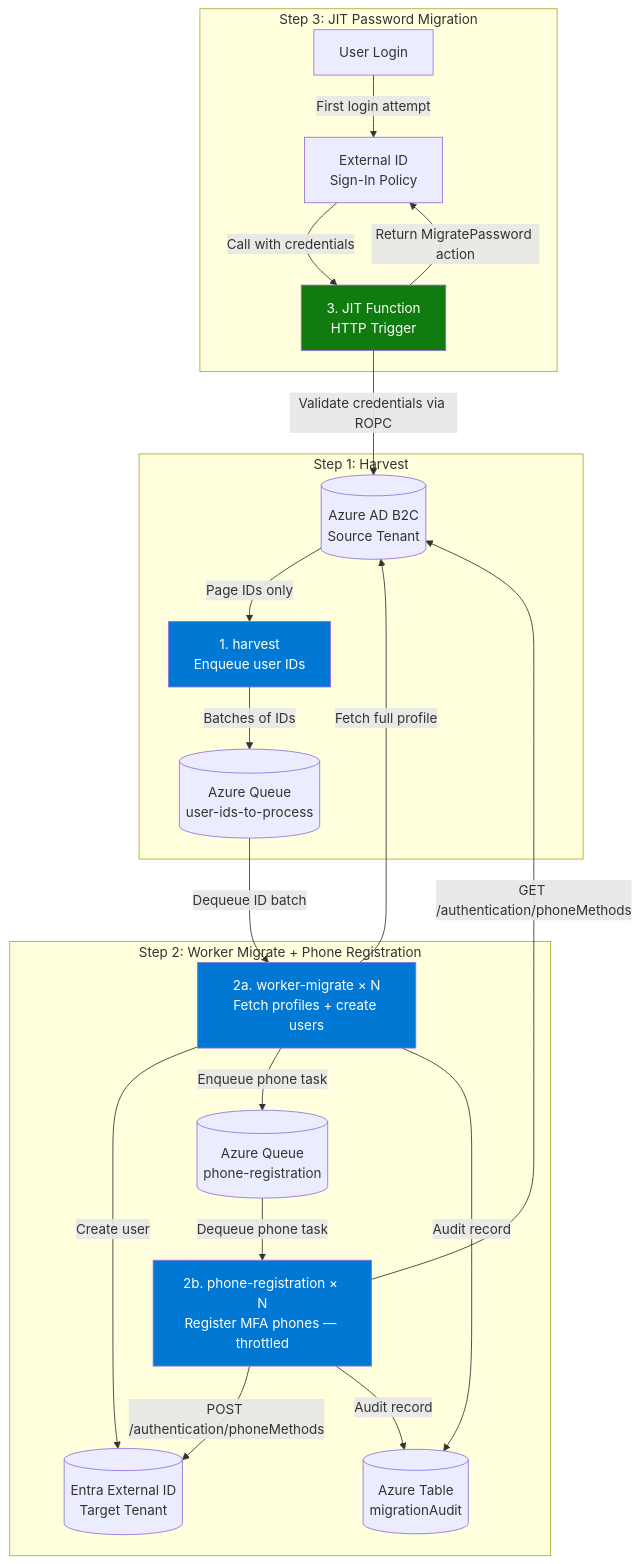
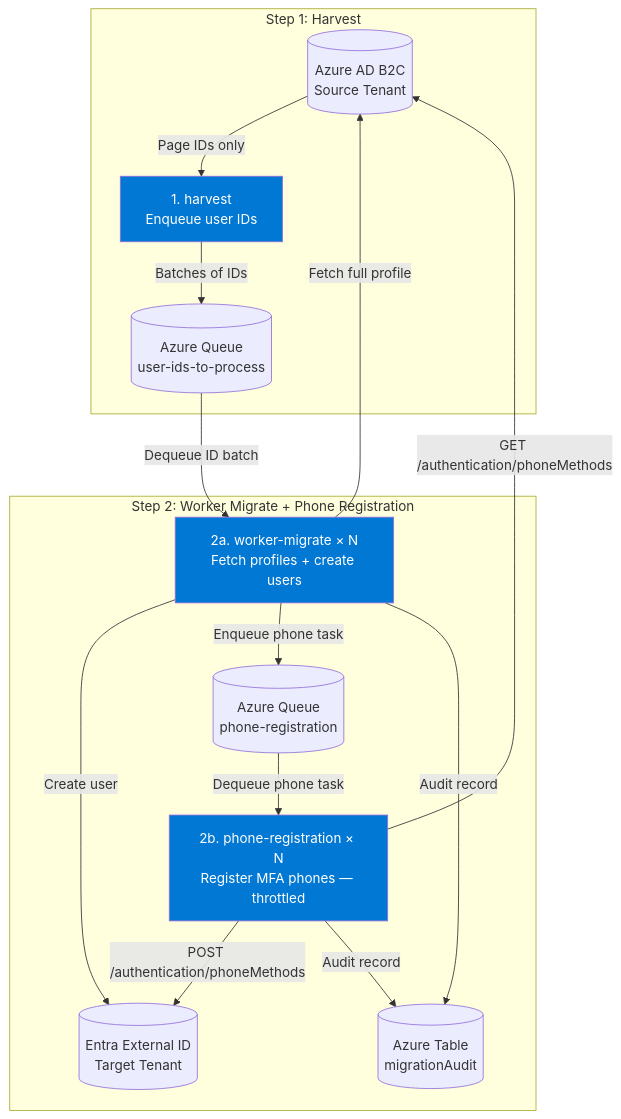
One commit to alvesfabi/b2c-to-meeid-migration-tool changed the third of 3 diagrams in README.md. Above: the diagram before and after it, drawn with Mermaid. The commit also changed other lines of this file and 1 other file, not shown here.

First line of the commit message:
docs: clarify JIT is independent of bulk modes, remove hard performance numbers

````diff
--- a/README.md
+++ b/README.md
@@ -54,45 +69,33 @@
 ```mermaid
 graph TB
     subgraph "Step 1: Harvest"
         B2C[(Azure AD B2C<br/>Source Tenant)]
         Harvest[1. harvest<br/>Enqueue user IDs]
         Queue1[(Azure Queue<br/>user-ids-to-process)]
 
         B2C -->|Page IDs only| Harvest
         Harvest -->|Batches of IDs| Queue1
     end
 
     subgraph "Step 2: Worker Migrate + Phone Registration"
         Worker[2a. worker-migrate × N<br/>Fetch profiles + create users]
         ExtID[(Entra External ID<br/>Target Tenant)]
         Queue2[(Azure Queue<br/>phone-registration)]
         PhoneWorker[2b. phone-registration × N<br/>Register MFA phones — throttled]
         AuditTable[(Azure Table<br/>migrationAudit)]
 
         Queue1 -->|Dequeue ID batch| Worker
         Worker -->|Fetch full profile| B2C
         Worker -->|Create user| ExtID
         Worker -->|Enqueue phone task| Queue2
         Worker -->|Audit record| AuditTable
         Queue2 -->|Dequeue phone task| PhoneWorker
         PhoneWorker -->|GET /authentication/phoneMethods| B2C
         PhoneWorker -->|POST /authentication/phoneMethods| ExtID
         PhoneWorker -->|Audit record| AuditTable
     end
 
-    subgraph "Step 3: JIT Password Migration"
-        User[User Login]
-        ExtIDLogin[External ID<br/>Sign-In Policy]
-        JIT[3. JIT Function<br/>HTTP Trigger]
-
-        User -->|First login attempt| ExtIDLogin
-        ExtIDLogin -->|Call with credentials| JIT
-        JIT -->|Validate credentials via ROPC| B2C
-        JIT -->|Return MigratePassword action| ExtIDLogin
-    end
-
     style Harvest fill:#0078d4,color:#fff
     style Worker fill:#0078d4,color:#fff
     style PhoneWorker fill:#0078d4,color:#fff
-    style JIT fill:#107c10,color:#fff
 ```
````
